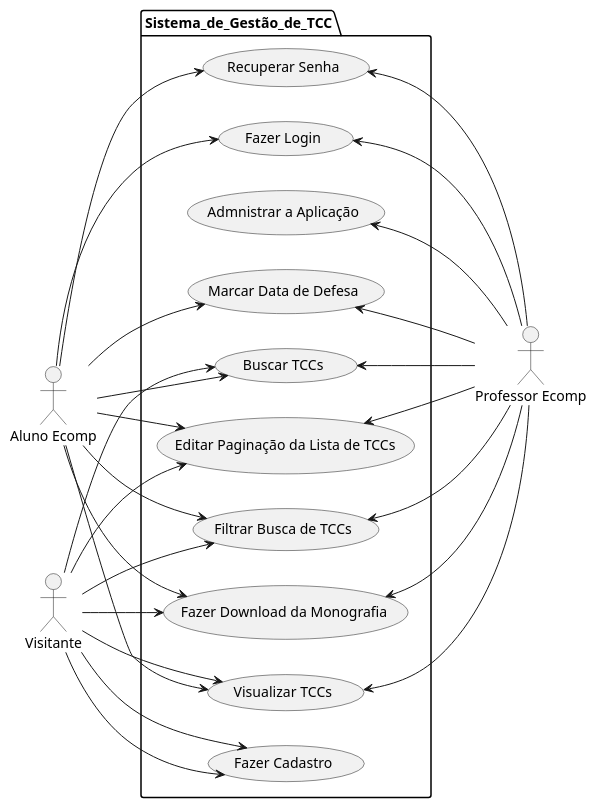
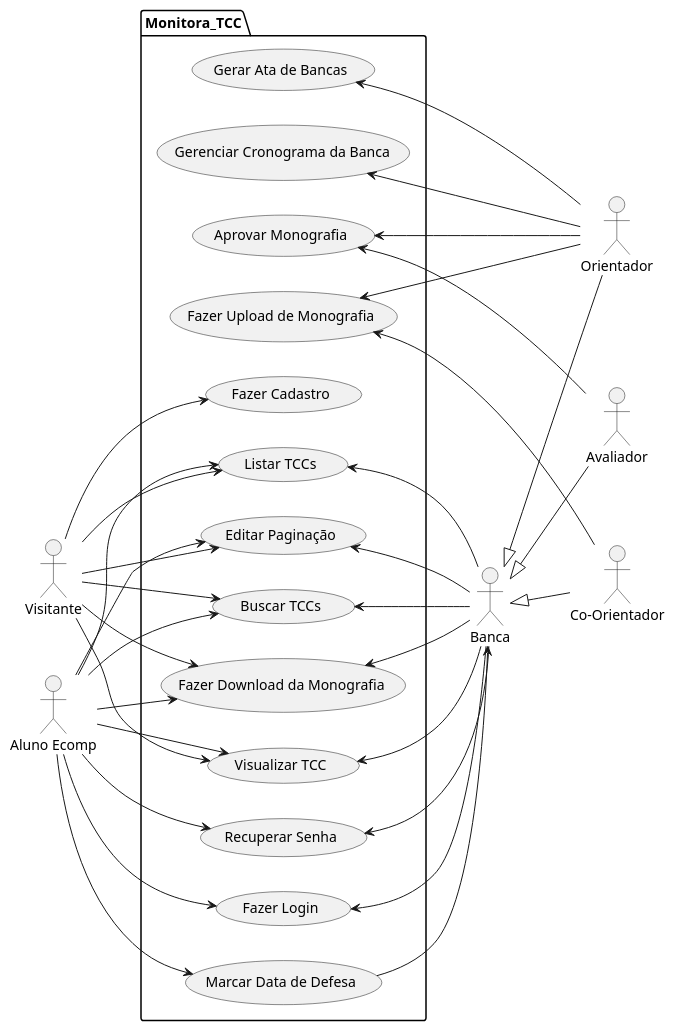
The diagram in casos.plantuml (LMM-Eng-Software/Monitora-TCC), drawn with PlantUML before and after one commit.

Commit message:
add casos de uso da banca

```diff
--- a/casos.plantuml
+++ b/casos.plantuml
@@ -1,54 +1,72 @@
 @startuml casosdeuso
 left to right direction
 
-"Professor Ecomp" as Prof
+"Banca" as Banca
 "Aluno Ecomp" as Aluno
 "Visitante" as Visit
 
-package Sistema_de_Gestão_de_TCC {
-"Visualizar TCCs" as (Visualizar)
+"Orientador" as Orie
+"Co-Orientador" as Coor
+"Avaliador" as Aval
+
+:Banca: <|-- Orie
+:Banca: <|-- Coor
+:Banca: <|-- Aval
+
+package Monitora_TCC {
+"Visualizar TCC" as (Visualizar)
+"Listar TCCs" as (Listar)
 "Buscar TCCs" as (Buscar)
-"Filtrar Busca de TCCs" as (Filtrar)
 "Fazer Download da Monografia" as (Download)
 "Fazer Login" as (Login)
-"Editar Paginação da Lista de TCCs" as (Paginar)
+"Editar Paginação" as (Paginar)
 "Recuperar Senha" as (Senha)
 "Fazer Cadastro" as (Cadastro)
 "Marcar Data de Defesa" as (Data)
-"Admnistrar a Aplicação" as (Adm)
+"Fazer Upload de Monografia" as (Upload)
+"Gerar Ata de Bancas" as (Atas)
+"Gerenciar Cronograma da Banca" as (Crono)
+"Aprovar Monografia" as (Aprovar)
 }
-:Prof: -up-> (Buscar)
-:Prof: -up-> (Visualizar)
-:Prof: -up-> (Download)
-:Prof: -up-> (Filtrar)
-:Prof: -up-> (Paginar)
-:Prof: -up-> (Login)
-:Prof: -up-> (Senha)
-:Prof: -up-> (Data)
-:Prof: -up-> (Adm)
+
+:Banca: -up-> (Listar)
+:Banca: -up-> (Visualizar)
+:Banca: -up-> (Download)
+:Banca: -up-> (Buscar)
+:Banca: -up-> (Paginar)
+:Banca: -up-> (Login)
+:Banca: -up-> (Senha)
+:Coor: -up-> (Upload)
+:Orie: -up-> (Upload)
+
+:Orie: -up-> (Atas)
+
 
 :Visit: --> (Visualizar)
 :Aluno: --> (Visualizar)
 
-
-:Visit: --> (Buscar)
-:Aluno: --> (Buscar)
+:Visit: --> (Listar)
+:Aluno: --> (Listar)
 
 :Visit: --> (Download)
 :Aluno: --> (Download)
 
-:Visit: --> (Filtrar)
-:Aluno: --> (Filtrar)
+:Visit: --> (Buscar)
+:Aluno: --> (Buscar)
 
 :Visit: --> (Paginar)
 :Aluno: --> (Paginar)
 
 :Visit: --> (Cadastro)
 
 :Aluno: --> (Login)
 :Aluno: --> (Senha)
 
 :Aluno: --> (Data)
+(Data) --> :Banca:
 
-:Visit: --> (Cadastro)
+:Orie: -up-> (Crono)
+
+:Aval: -up-> (Aprovar)
+:Orie: -up-> (Aprovar)
 @enduml
```
